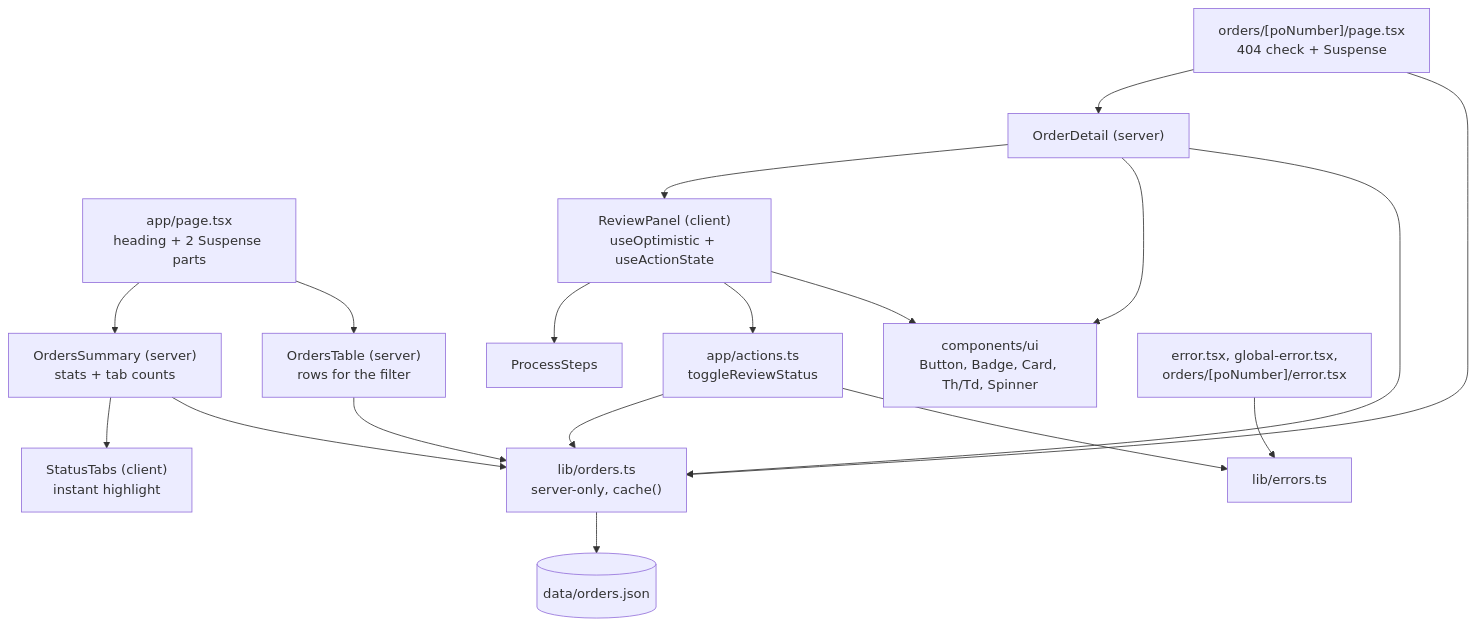
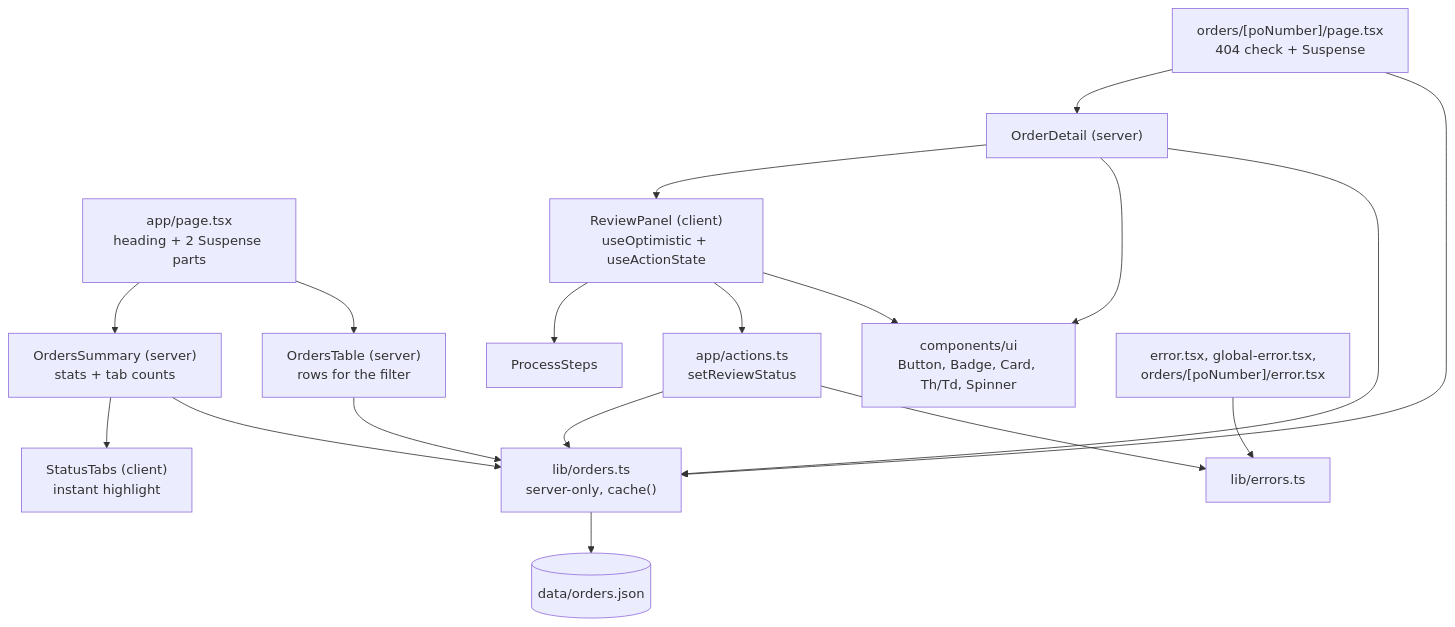
One commit to TRUPALIX9/bhf-take-home changed the third of 10 diagrams in docs/DESIGN.md. Above: the diagram before and after it, drawn with Mermaid. The commit also changed other lines of this file and 8 other files, not shown here.

First line of the commit message:
Set the review status instead of toggling it

````diff
--- a/docs/DESIGN.md
+++ b/docs/DESIGN.md
@@ -54,21 +54,21 @@
 ```mermaid
 flowchart TD
   List["app/page.tsx<br/>heading + 2 Suspense parts"] --> Summary["OrdersSummary (server)<br/>stats + tab counts"]
   List --> Table["OrdersTable (server)<br/>rows for the filter"]
   Summary --> Tabs["StatusTabs (client)<br/>instant highlight"]
   Detail["orders/[poNumber]/page.tsx<br/>404 check + Suspense"] --> OD["OrderDetail (server)"]
   Steps["ProcessSteps"]
   OD --> Review["ReviewPanel (client)<br/>useOptimistic + useActionState"]
   Review --> Steps
-  Review --> Action["app/actions.ts<br/>toggleReviewStatus"]
+  Review --> Action["app/actions.ts<br/>setReviewStatus"]
   OD --> UI["components/ui<br/>Button, Badge, Card, Th/Td, Spinner"]
   Review --> UI
   Action --> Orders["lib/orders.ts<br/>server-only, cache()"]
   Summary --> Orders
   Table --> Orders
   OD --> Orders
   Detail --> Orders
   Action --> Errors["lib/errors.ts"]
   Boundaries["error.tsx, global-error.tsx,<br/>orders/[poNumber]/error.tsx"] --> Errors
   Orders --> Seed[("data/orders.json")]
 ```
````
